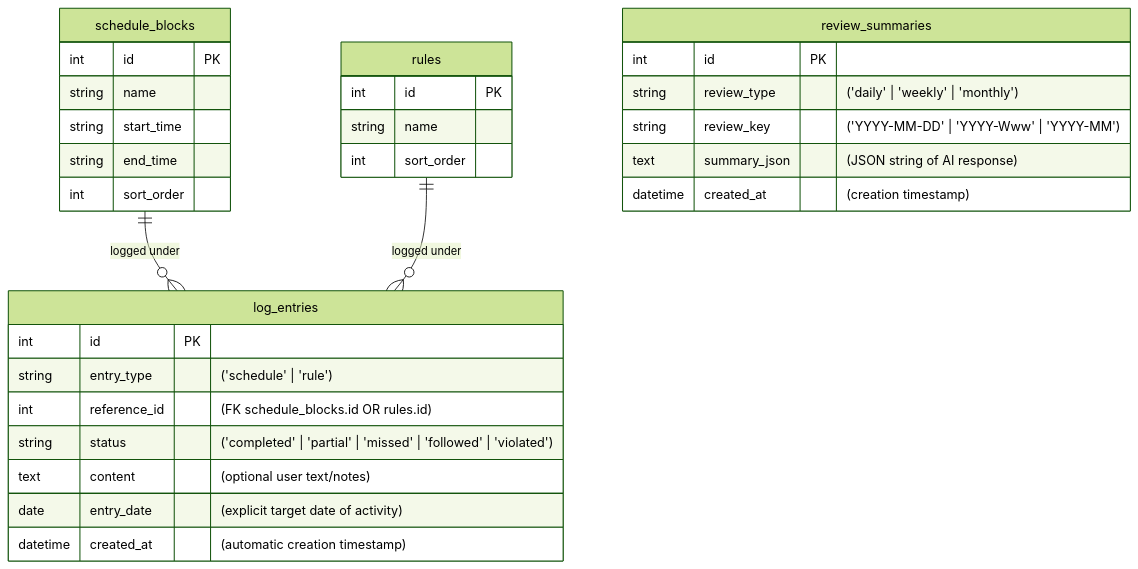
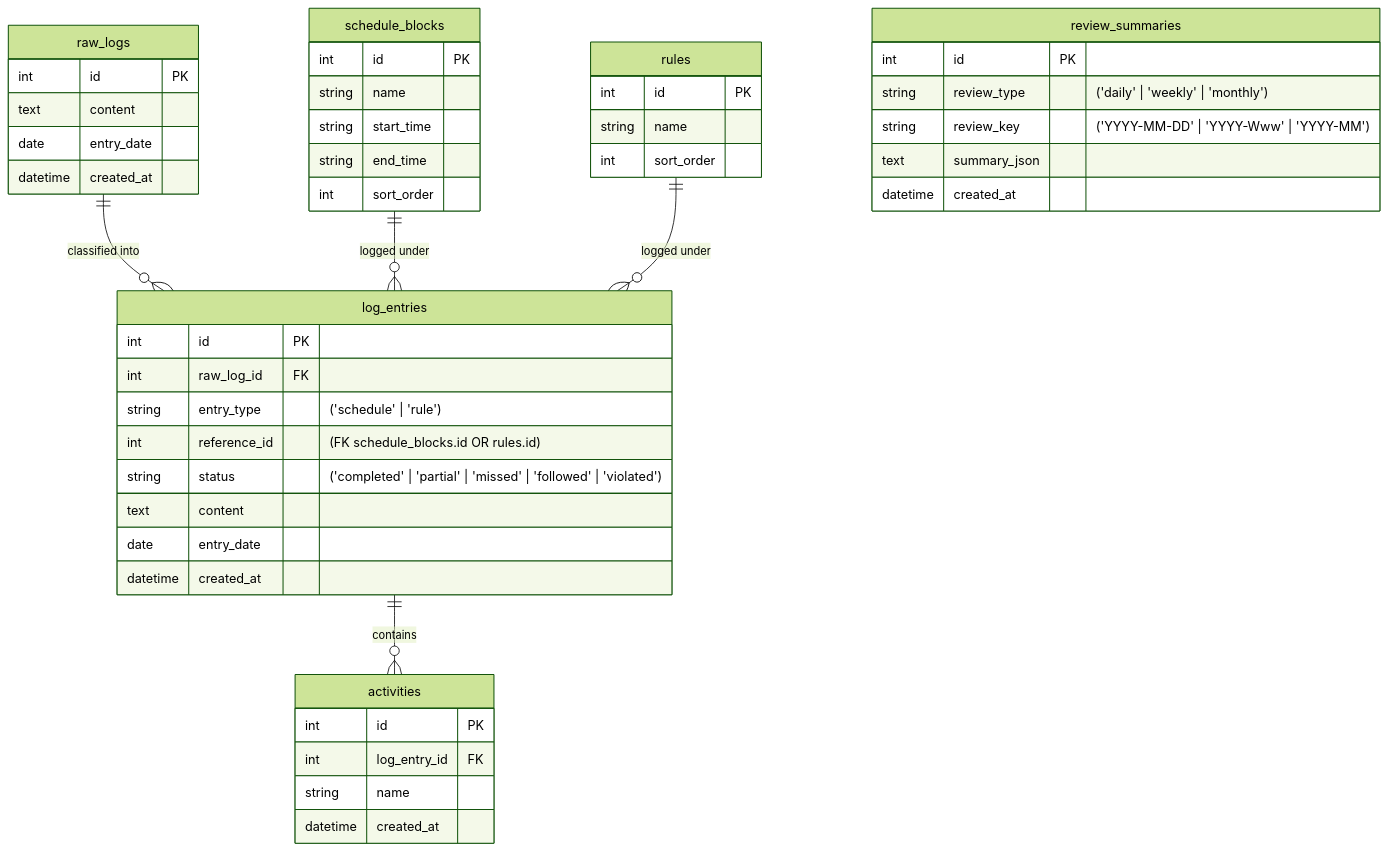
One commit to harshoza111/Morpheus changed the first of 2 diagrams in docs/morpheus_architecture_documentation.md. Above: the diagram before and after it, drawn with Mermaid (forest theme). The commit also changed other lines of this file and 46 other files, not shown here.

````diff
--- a/docs/morpheus_architecture_documentation.md
+++ b/docs/morpheus_architecture_documentation.md
@@ -81,34 +109,49 @@
 ```mermaid
 erDiagram
+    raw_logs ||--o{ log_entries : "classified into"
     schedule_blocks ||--o{ log_entries : "logged under"
     rules ||--o{ log_entries : "logged under"
+    log_entries ||--o{ activities : "contains"
     
+    raw_logs {
+        int id PK
+        text content
+        date entry_date
+        datetime created_at
+    }
     schedule_blocks {
         int id PK
         string name
         string start_time
         string end_time
         int sort_order
     }
     rules {
         int id PK
         string name
         int sort_order
     }
     log_entries {
         int id PK
+        int raw_log_id FK
         string entry_type "('schedule' | 'rule')"
         int reference_id "(FK schedule_blocks.id OR rules.id)"
         string status "('completed' | 'partial' | 'missed' | 'followed' | 'violated')"
-        text content "(optional user text/notes)"
-        date entry_date "(explicit target date of activity)"
-        datetime created_at "(automatic creation timestamp)"
+        text content
+        date entry_date
+        datetime created_at
+    }
+    activities {
+        int id PK
+        int log_entry_id FK
+        string name
+        datetime created_at
     }
     review_summaries {
         int id PK
         string review_type "('daily' | 'weekly' | 'monthly')"
         string review_key "('YYYY-MM-DD' | 'YYYY-Www' | 'YYYY-MM')"
-        text summary_json "(JSON string of AI response)"
-        datetime created_at "(creation timestamp)"
+        text summary_json
+        datetime created_at
     }
 ```
````
